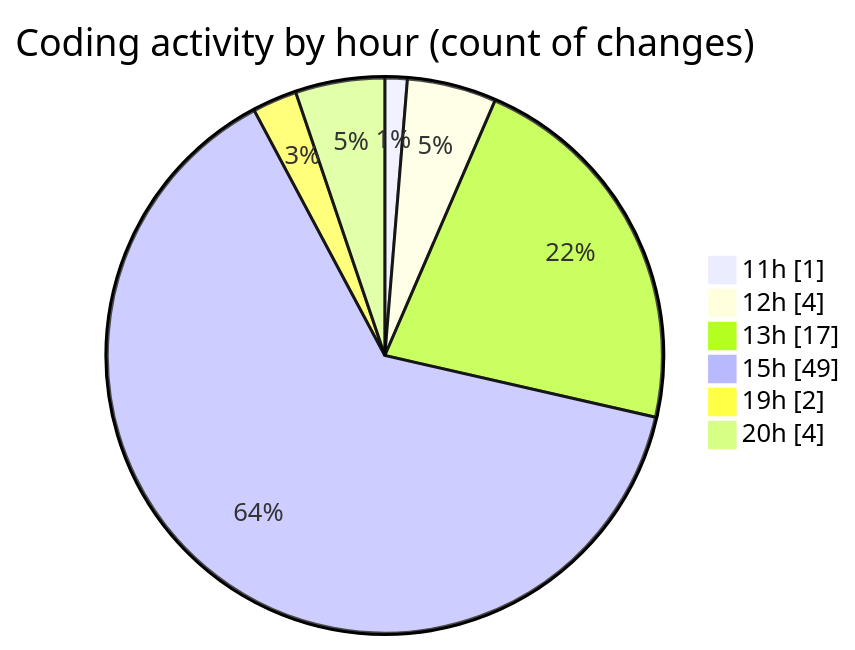
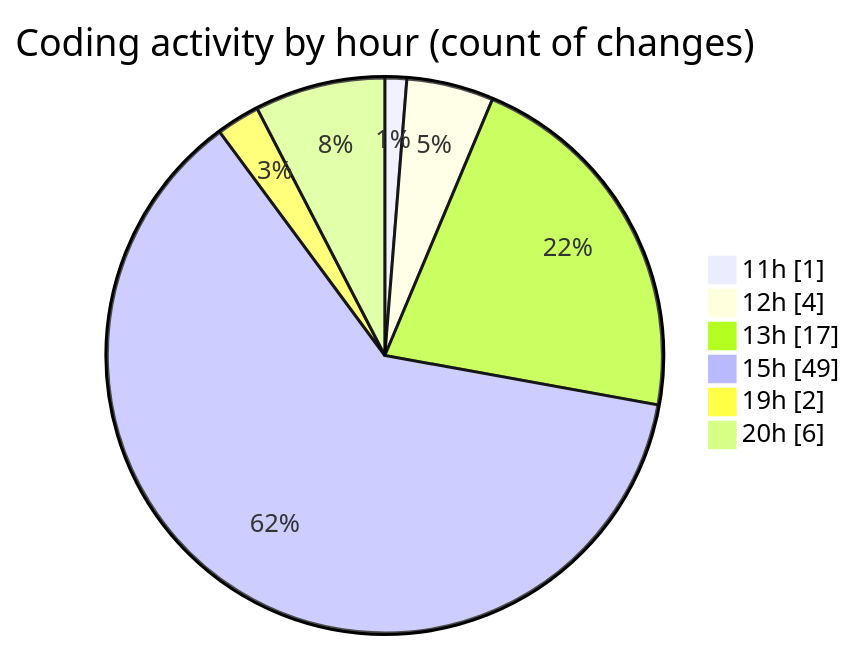
The second of 2 diagrams in 2025-09-28/nxtqube_webapp/README.md (nxtqubesakshisongat/code-tracking), drawn with Mermaid before and after one commit. The commit also changed other lines of this file and 1 other file, not shown here.

````diff
--- a/2025-09-28/nxtqube_webapp/README.md
+++ b/2025-09-28/nxtqube_webapp/README.md
@@ -32,10 +32,10 @@
 ```mermaid
 pie showData
 title Coding activity by hour (count of changes)
 "11h" : 1
 "12h" : 4
 "13h" : 17
 "15h" : 49
 "19h" : 2
-"20h" : 4
+"20h" : 6
 ```
````
